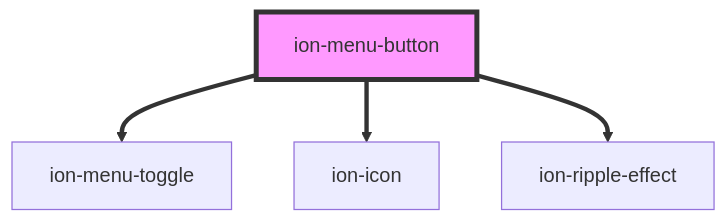
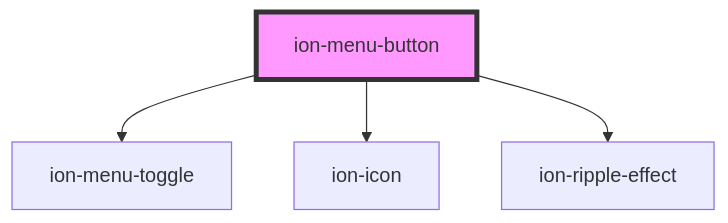
The diagram in core/src/components/menu-button/readme.md (ionic-team/ionic-framework), drawn with Mermaid before and after one commit. The commit also changed 39 other files, not shown here.

````diff
--- a/core/src/components/menu-button/readme.md
+++ b/core/src/components/menu-button/readme.md
@@ -29,7 +29,7 @@
 ```mermaid
 graph TD;
-  ion-menu-button ==> ion-menu-toggle
-  ion-menu-button ==> ion-icon
-  ion-menu-button ==> ion-ripple-effect
+  ion-menu-button --> ion-menu-toggle
+  ion-menu-button --> ion-icon
+  ion-menu-button --> ion-ripple-effect
   style ion-menu-button fill:#f9f,stroke:#333,stroke-width:4px
 ```
````
